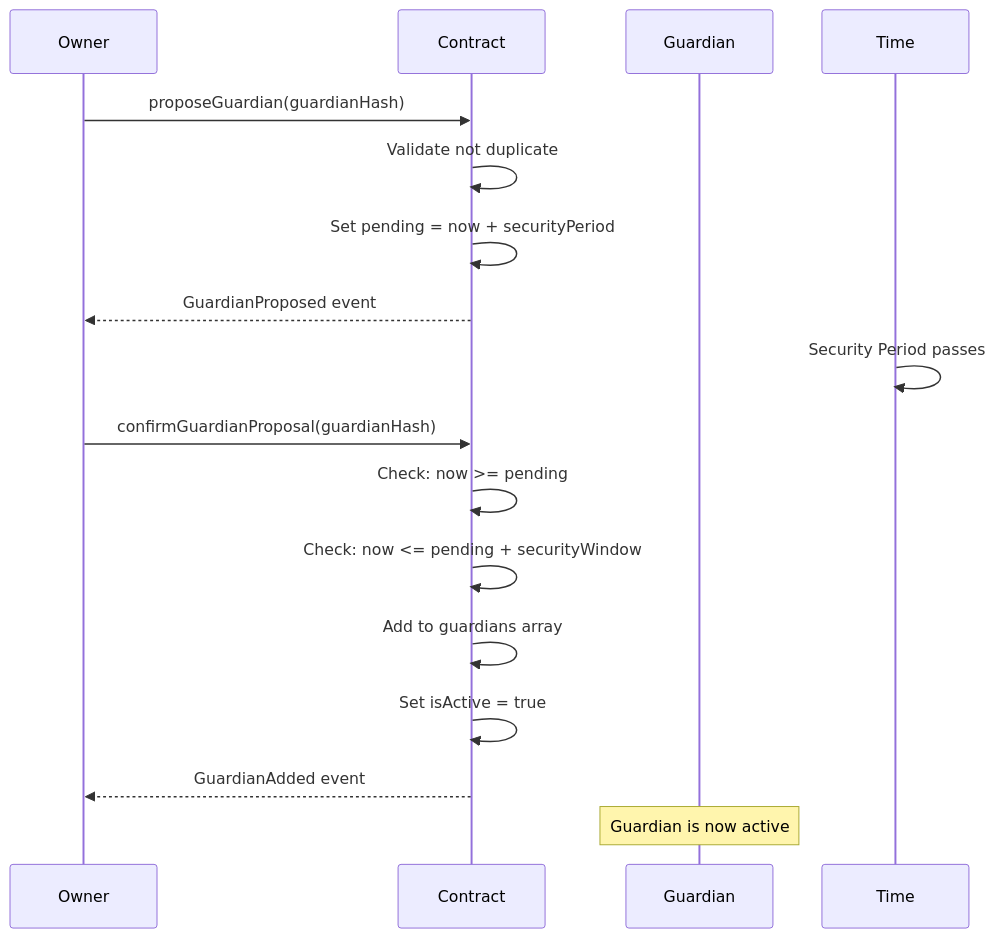
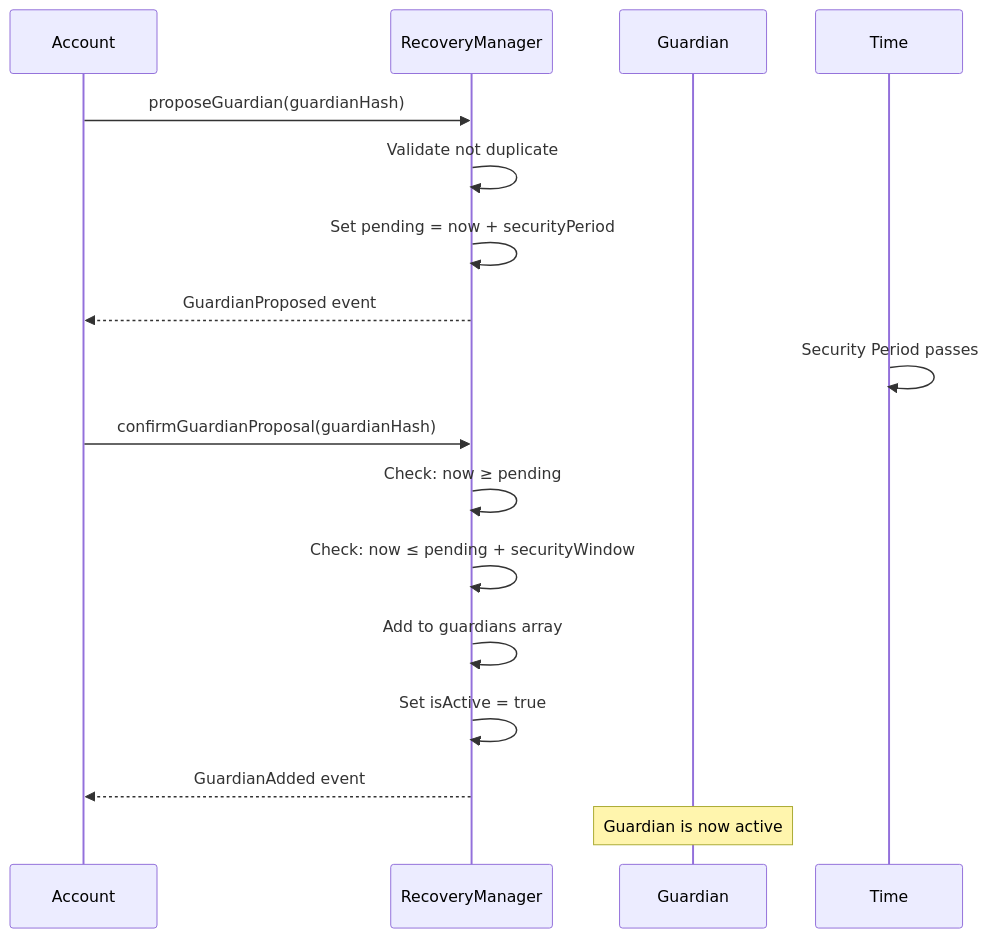
Before and after one commit to openfort-xyz/openfort-7702-account: the third of 7 diagrams in docs/Recovery.md, drawn with Mermaid. The commit also changed other lines of this file and 1 other file, not shown here.

Commit message:
(docs) Session Keys and Recovery

````diff
--- a/docs/Recovery.md
+++ b/docs/Recovery.md
@@ -166,23 +171,23 @@
 ```mermaid
 sequenceDiagram
-    participant Owner
-    participant Contract
+    participant Account
+    participant RecoveryManager
     participant Guardian
     participant Time
 
-    Owner->>Contract: proposeGuardian(guardianHash)
-    Contract->>Contract: Validate not duplicate
-    Contract->>Contract: Set pending = now + securityPeriod
-    Contract-->>Owner: GuardianProposed event
+    Account->>RecoveryManager: proposeGuardian(guardianHash)
+    RecoveryManager->>RecoveryManager: Validate not duplicate
+    RecoveryManager->>RecoveryManager: Set pending = now + securityPeriod
+    RecoveryManager-->>Account: GuardianProposed event
     
     Time->>Time: Security Period passes
     
-    Owner->>Contract: confirmGuardianProposal(guardianHash)
-    Contract->>Contract: Check: now >= pending
-    Contract->>Contract: Check: now <= pending + securityWindow
-    Contract->>Contract: Add to guardians array
-    Contract->>Contract: Set isActive = true
-    Contract-->>Owner: GuardianAdded event
+    Account->>RecoveryManager: confirmGuardianProposal(guardianHash)
+    RecoveryManager->>RecoveryManager: Check: now ≥ pending
+    RecoveryManager->>RecoveryManager: Check: now ≤ pending + securityWindow
+    RecoveryManager->>RecoveryManager: Add to guardians array
+    RecoveryManager->>RecoveryManager: Set isActive = true
+    RecoveryManager-->>Account: GuardianAdded event
     
     Note over Guardian: Guardian is now active
 ```
````
